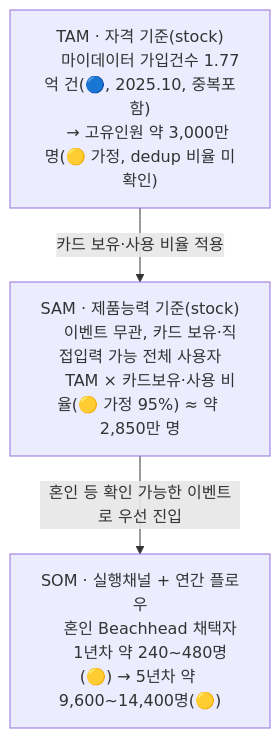
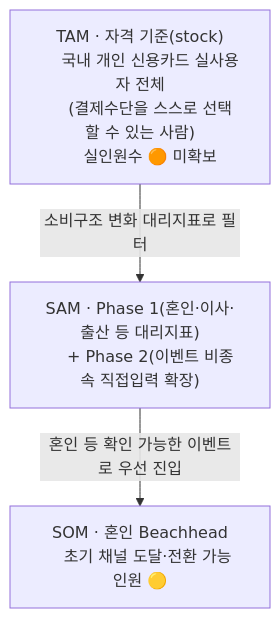
The third of 3 diagrams in 윤정/0818_쟁점정리.md (jennie-brain/team-project_2nd), drawn with Mermaid before and after one commit. The commit also changed other lines of this file and 1 other file, not shown here.

First line of the commit message:
Fix TAM-SAM-SOM anchor after cross-check with teammate's parallel analysis

````diff
--- a/윤정/0818_쟁점정리.md
+++ b/윤정/0818_쟁점정리.md
@@ -102,14 +102,13 @@
 ```mermaid
 graph TD
     TAM["TAM · 자격 기준(stock)
-    마이데이터 가입건수 1.77억 건(🔵, 2025.10, 중복포함)
-    → 고유인원 약 3,000만 명(🟡 가정, dedup 비율 미확인)"]
-    SAM["SAM · 제품능력 기준(stock)
-    이벤트 무관, 카드 보유·직접입력 가능 전체 사용자
-    TAM × 카드보유·사용 비율(🟡 가정 95%) ≈ 약 2,850만 명"]
-    SOM["SOM · 실행채널 + 연간 플로우
-    혼인 Beachhead 채택자
-    1년차 약 240~480명(🟡) → 5년차 약 9,600~14,400명(🟡)"]
-    TAM -->|카드 보유·사용 비율 적용| SAM
-    SAM -->|혼인 등 확인 가능한 이벤트로 우선 진입| SOM
+    국내 개인 신용카드 실사용자 전체
+    (결제수단을 스스로 선택할 수 있는 사람)
+    실인원수 🟠 미확보"]
+    SAM["SAM · Phase 1(혼인·이사·출산 등 대리지표)
+    + Phase 2(이벤트 비종속 직접입력 확장)"]
+    SOM["SOM · 혼인 Beachhead
+    초기 채널 도달·전환 가능 인원 🟡"]
+    TAM -->|"소비구조 변화 대리지표로 필터"| SAM
+    SAM -->|"혼인 등 확인 가능한 이벤트로 우선 진입"| SOM
 ```
````
